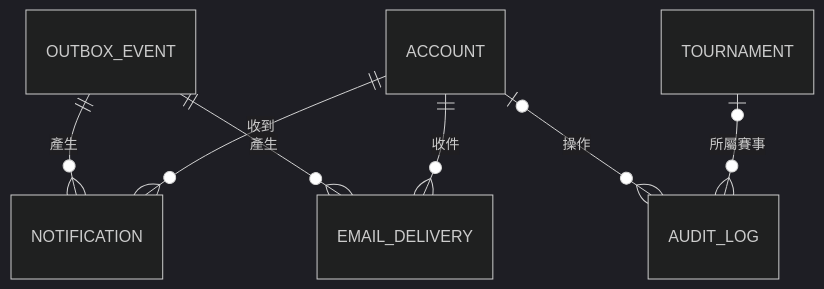
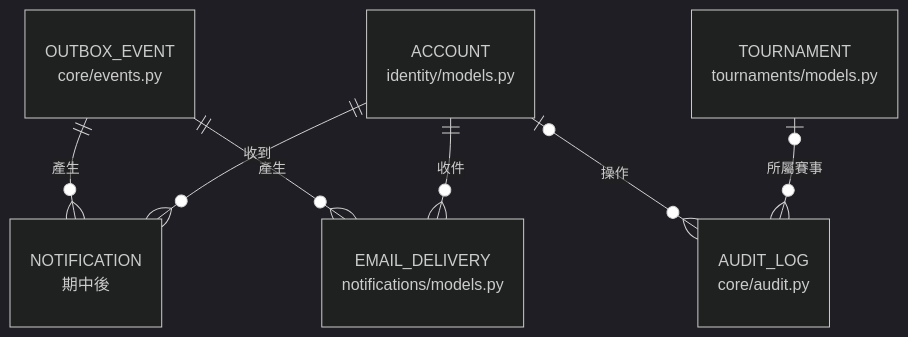
One commit to Team14good/esport-platform changed diagram 12 of 19 in docs/midterm/B-軟體需求分析文件.md. Above: the diagram before and after it, drawn with Mermaid (dark theme). The commit also changed other lines of this file and 27 other files, not shown here.

First line of the commit message:
docs: B、C、D 其餘的圖全部對照程式標註

````diff
--- a/docs/midterm/B-軟體需求分析文件.md
+++ b/docs/midterm/B-軟體需求分析文件.md
@@ -804,9 +837,15 @@
 ```mermaid
 erDiagram
+  OUTBOX_EVENT["OUTBOX_EVENT<br/>core/events.py"]
+  NOTIFICATION["NOTIFICATION<br/>期中後"]
+  EMAIL_DELIVERY["EMAIL_DELIVERY<br/>notifications/models.py"]
+  ACCOUNT["ACCOUNT<br/>identity/models.py"]
+  AUDIT_LOG["AUDIT_LOG<br/>core/audit.py"]
+  TOURNAMENT["TOURNAMENT<br/>tournaments/models.py"]
   OUTBOX_EVENT ||--o{ NOTIFICATION : "產生"
   OUTBOX_EVENT ||--o{ EMAIL_DELIVERY : "產生"
   ACCOUNT ||--o{ NOTIFICATION : "收到"
   ACCOUNT ||--o{ EMAIL_DELIVERY : "收件"
   ACCOUNT |o--o{ AUDIT_LOG : "操作"
   TOURNAMENT |o--o{ AUDIT_LOG : "所屬賽事"
 ```
````
